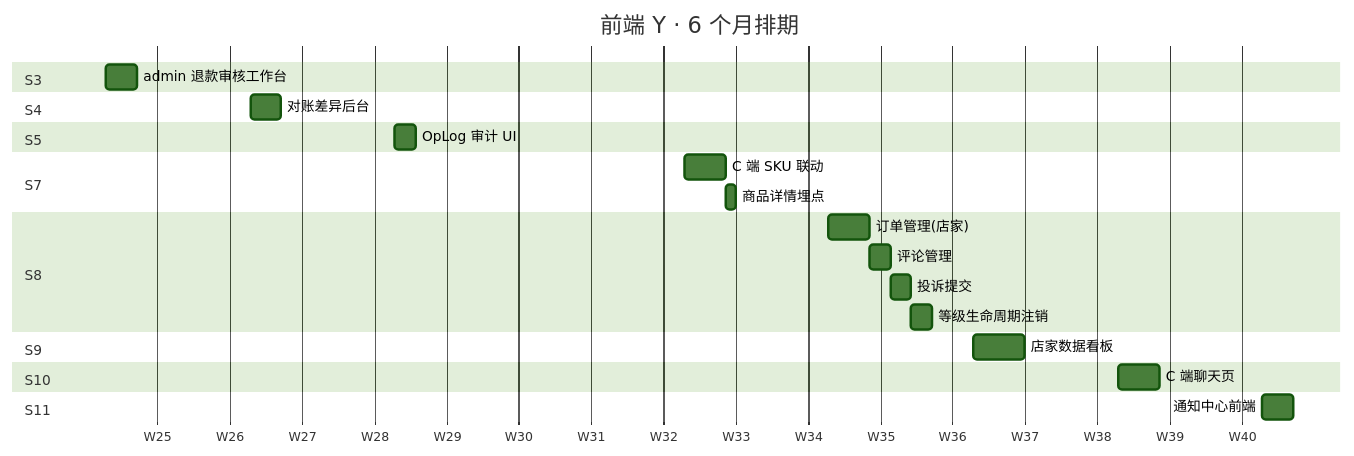
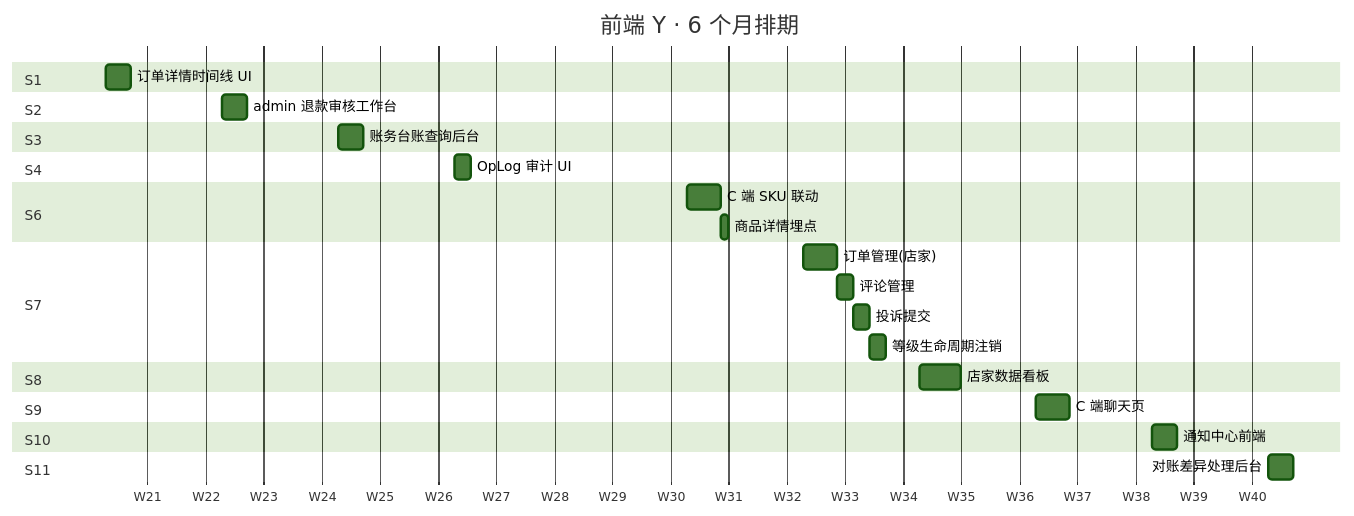
The fifth of 7 diagrams in planning/q1q2_tracking.md (carter4cn/yw-mall-docs), drawn with Mermaid (forest theme) before and after one commit. The commit also changed other lines of this file and 1 other file, not shown here.

````diff
--- a/planning/q1q2_tracking.md
+++ b/planning/q1q2_tracking.md
@@ -332,26 +354,30 @@
 ```mermaid
 gantt
     title 前端 Y · 6 个月排期
     dateFormat YYYY-MM-DD
     axisFormat W%U
+    section S1
+    订单详情时间线 UI     :y11, 2026-05-19, 3d
+    section S2
+    admin 退款审核工作台  :y21, 2026-06-02, 3d
     section S3
-    admin 退款审核工作台  :y31, 2026-06-16, 3d
+    账务台账查询后台      :y31, 2026-06-16, 3d
     section S4
-    对账差异后台          :y41, 2026-06-30, 3d
-    section S5
-    OpLog 审计 UI         :y51, 2026-07-14, 2d
+    OpLog 审计 UI         :y41, 2026-06-30, 2d
+    section S6
+    C 端 SKU 联动         :y61, 2026-07-28, 4d
+    商品详情埋点          :y62, after y61, 1d
     section S7
-    C 端 SKU 联动         :y71, 2026-08-11, 4d
-    商品详情埋点          :y72, after y71, 1d
+    订单管理(店家)        :y71, 2026-08-11, 4d
+    评论管理              :y72, after y71, 2d
+    投诉提交              :y73, after y72, 2d
+    等级生命周期注销      :y74, after y73, 2d
     section S8
-    订单管理(店家)        :y81, 2026-08-25, 4d
-    评论管理              :y82, after y81, 2d
-    投诉提交              :y83, after y82, 2d
-    等级生命周期注销      :y84, after y83, 2d
+    店家数据看板          :y81, 2026-08-25, 5d
     section S9
-    店家数据看板          :y91, 2026-09-08, 5d
+    C 端聊天页            :y91, 2026-09-08, 4d
     section S10
-    C 端聊天页            :y101, 2026-09-22, 4d
+    通知中心前端          :y101, 2026-09-22, 3d
     section S11
-    通知中心前端          :y111, 2026-10-06, 3d
+    对账差异处理后台      :y111, 2026-10-06, 3d
 ```
````
